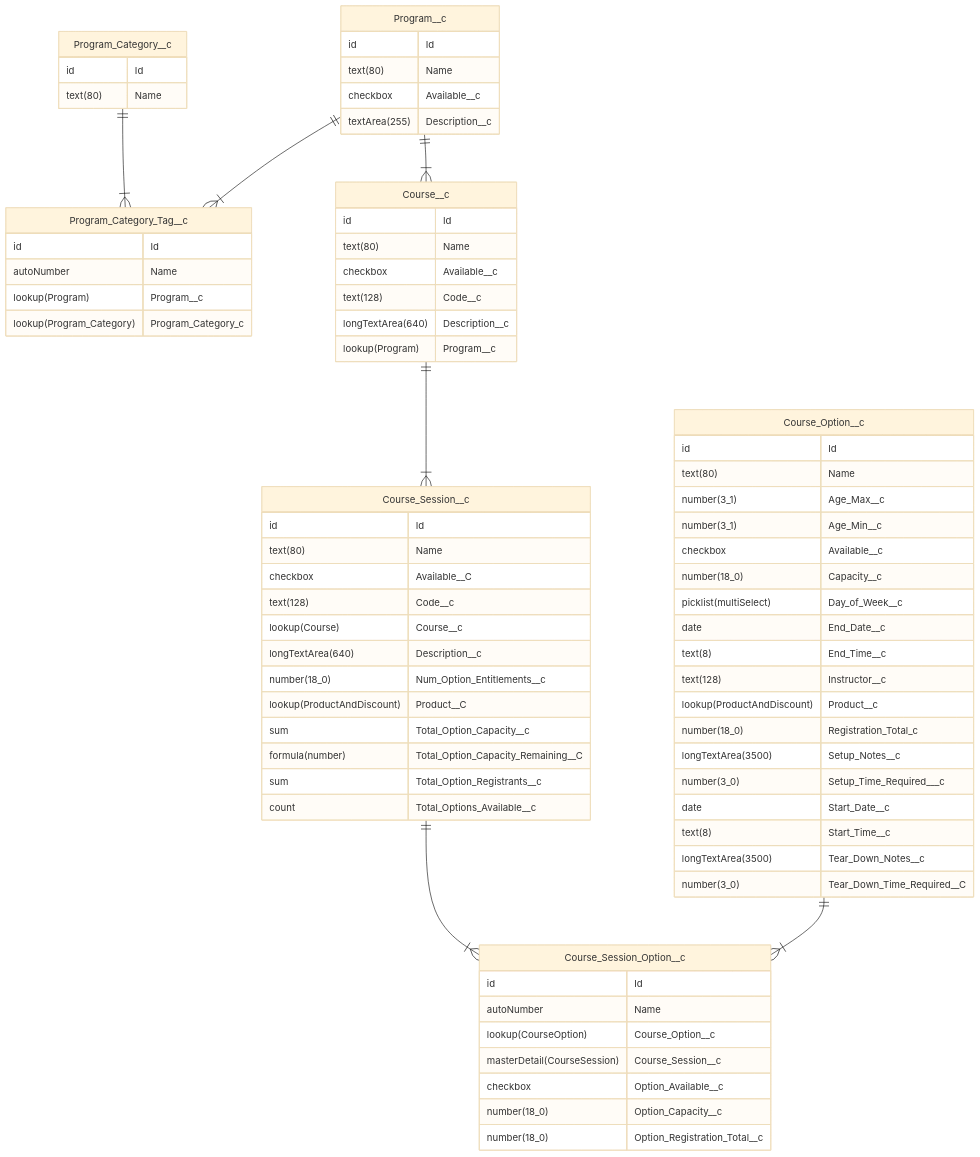
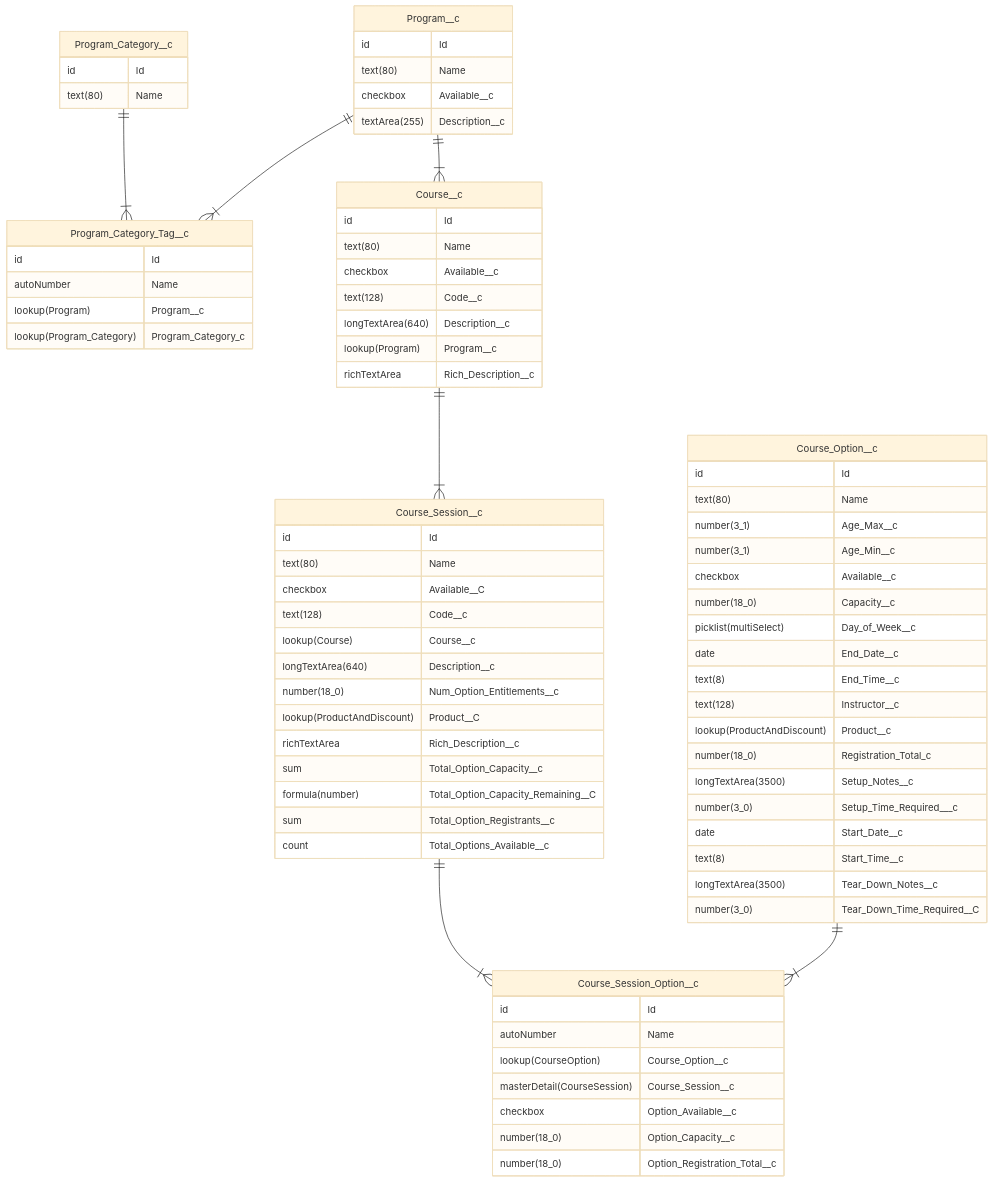
One commit to fivejars/openy_traction_rec changed the diagram in README.md. Above: the diagram before and after it, drawn with Mermaid (base theme). The commit also changed 3 other files, not shown here.

Commit message:
DS-1142 fix: Ensure Rich Description fields are used if they exist

````diff
--- a/README.md
+++ b/README.md
@@ -99,76 +99,78 @@
 ```mermaid
 erDiagram
   Program_Category__c {
     id Id
     text(80) Name
   }
   Program__c {
     id Id
     text(80) Name
     checkbox Available__c
     textArea(255) Description__c
   }
   Program_Category_Tag__c {
     id Id
     autoNumber Name
     lookup(Program) Program__c
     lookup(Program_Category) Program_Category_c
   }
   Course__c {
     id Id
     text(80) Name
     checkbox Available__c
     text(128) Code__c
     longTextArea(640) Description__c
     lookup(Program) Program__c
+    richTextArea Rich_Description__c
   }
   Course_Session__c {
     id Id
     text(80) Name
     checkbox Available__C
     text(128) Code__c
     lookup(Course) Course__c
     longTextArea(640) Description__c
     number(18_0) Num_Option_Entitlements__c
     lookup(ProductAndDiscount) Product__C
+    richTextArea Rich_Description__c
     sum Total_Option_Capacity__c
     formula(number) Total_Option_Capacity_Remaining__C
     sum Total_Option_Registrants__c
     count Total_Options_Available__c
   }
   Course_Option__c {
     id Id
     text(80) Name
     number(3_1) Age_Max__c
     number(3_1) Age_Min__c
     checkbox Available__c
     number(18_0) Capacity__c
     picklist(multiSelect) Day_of_Week__c
     date End_Date__c
     text(8) End_Time__c
     text(128) Instructor__c
     lookup(ProductAndDiscount) Product__c
     number(18_0) Registration_Total_c
     longTextArea(3500) Setup_Notes__c
     number(3_0) Setup_Time_Required___c
     date Start_Date__c
     text(8) Start_Time__c
     longTextArea(3500) Tear_Down_Notes__c
     number(3_0) Tear_Down_Time_Required__C
   }
   Course_Session_Option__c {
     id Id
     autoNumber Name
     lookup(CourseOption) Course_Option__c
     masterDetail(CourseSession) Course_Session__c
     checkbox Option_Available__c
     number(18_0) Option_Capacity__c
     number(18_0) Option_Registration_Total__c
   }
   Program_Category__c ||--|{ Program_Category_Tag__c : ""
   Program__c ||--|{ Program_Category_Tag__c : ""
   Program__c ||--|{ Course__c : ""
   Course__c ||--|{ Course_Session__c : ""
   Course_Session__c ||--|{ Course_Session_Option__c : ""
   Course_Option__c ||--|{ Course_Session_Option__c : ""
 ```
````
